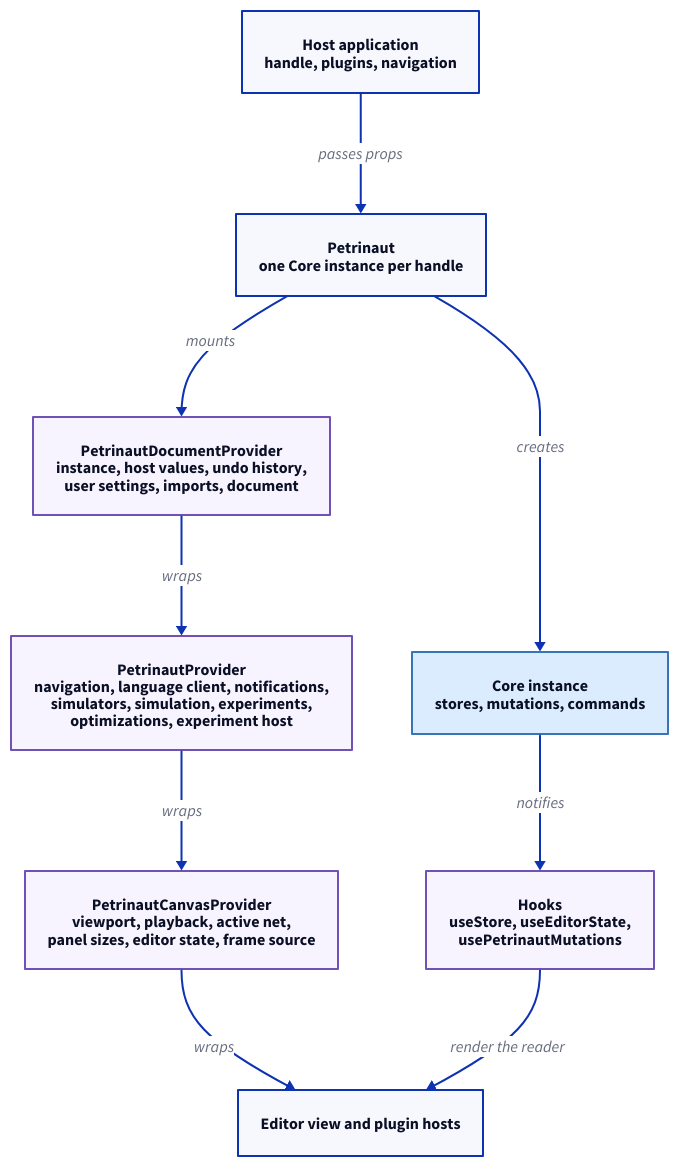
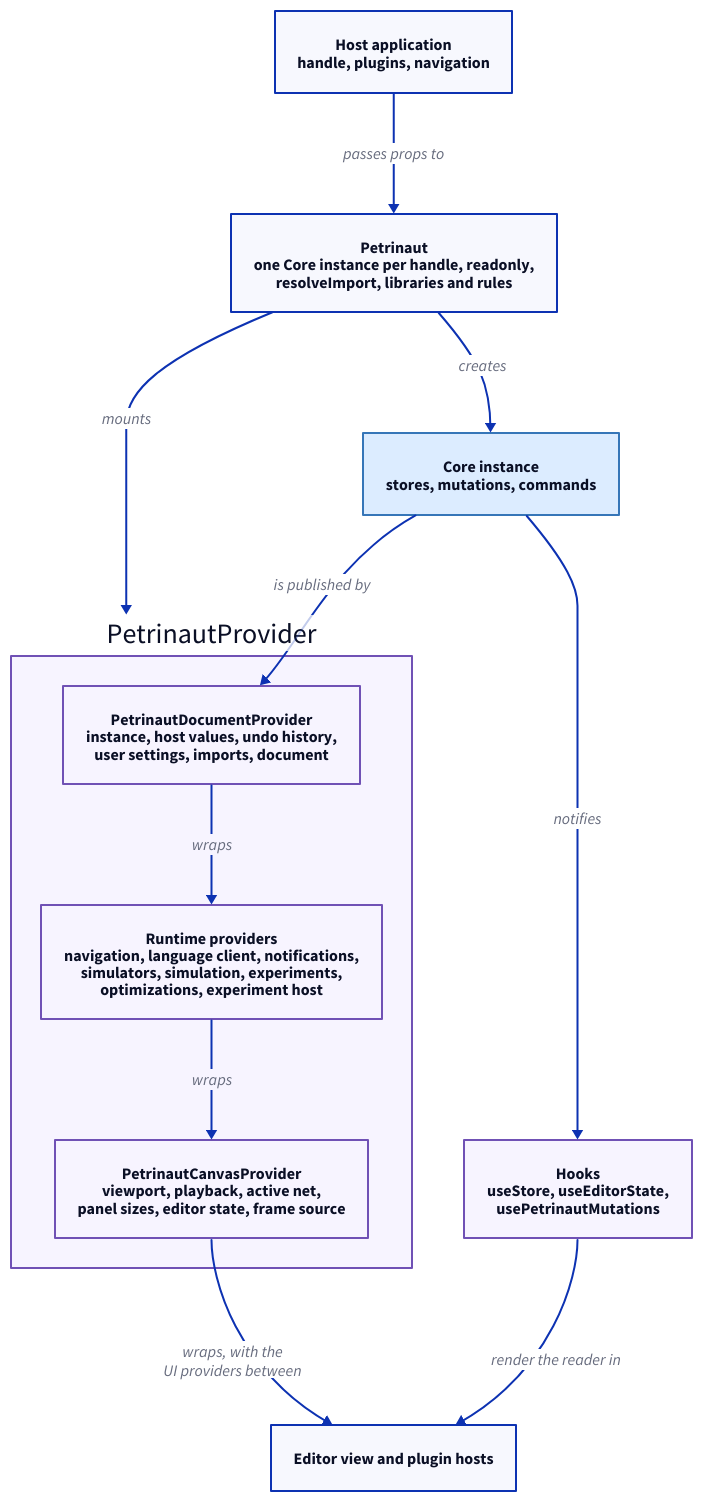
Before and after one commit to hashintel/hash: the diagram in libs/@hashintel/petrinaut/src/react/provider-stack.d2, drawn with D2. The commit also changed 1 other file, not shown here.

Commit message:
FE-2319: Correct the React layer guide
Name the providers mounted outside PetrinautProvider and what the
Preview mounts. Add the plain context read to the table, and the props
that create a new Core instance. Draw PetrinautProvider around its groups.

```diff
--- a/libs/@hashintel/petrinaut/src/react/provider-stack.d2
+++ b/libs/@hashintel/petrinaut/src/react/provider-stack.d2
@@ -1,26 +1,31 @@
 # Hand-written; rendered by the arch-docs build. React providers use the
 # purple palette, the Core instance the blue one.
 direction: down
 
 classes: {
   react: {style.fill: "#f7f4ff"; style.stroke: "#7051b5"}
   core: {style.fill: "#dcecff"; style.stroke: "#3676b8"}
 }
 
 host: "Host application\nhandle, plugins, navigation"
-petrinaut: "Petrinaut\none Core instance per handle"
+petrinaut: "Petrinaut\none Core instance per handle, readonly,\nresolveImport, libraries and rules"
 core: "Core instance\nstores, mutations, commands" {class: core}
-document: "PetrinautDocumentProvider\ninstance, host values, undo history,\nuser settings, imports, document" {class: react}
-runtime: "PetrinautProvider\nnavigation, language client, notifications,\nsimulators, simulation, experiments,\noptimizations, experiment host" {class: react}
-canvas: "PetrinautCanvasProvider\nviewport, playback, active net,\npanel sizes, editor state, frame source" {class: react}
+provider: "PetrinautProvider" {
+  class: react
+  document: "PetrinautDocumentProvider\ninstance, host values, undo history,\nuser settings, imports, document" {class: react}
+  runtime: "Runtime providers\nnavigation, language client, notifications,\nsimulators, simulation, experiments,\noptimizations, experiment host" {class: react}
+  canvas: "PetrinautCanvasProvider\nviewport, playback, active net,\npanel sizes, editor state, frame source" {class: react}
+
+  document -> runtime: "wraps"
+  runtime -> canvas: "wraps"
+}
 hooks: "Hooks\nuseStore, useEditorState,\nusePetrinautMutations" {class: react}
 ui: "Editor view and plugin hosts"
 
-host -> petrinaut: "passes props"
+host -> petrinaut: "passes props to"
 petrinaut -> core: "creates"
-petrinaut -> document: "mounts"
-document -> runtime: "wraps"
-runtime -> canvas: "wraps"
-canvas -> ui: "wraps"
+petrinaut -> provider: "mounts"
+core -> provider.document: "is published by"
+provider.canvas -> ui: "wraps, with the\nUI providers between"
 core -> hooks: "notifies"
-hooks -> ui: "render the reader"
+hooks -> ui: "render the reader in"
```
